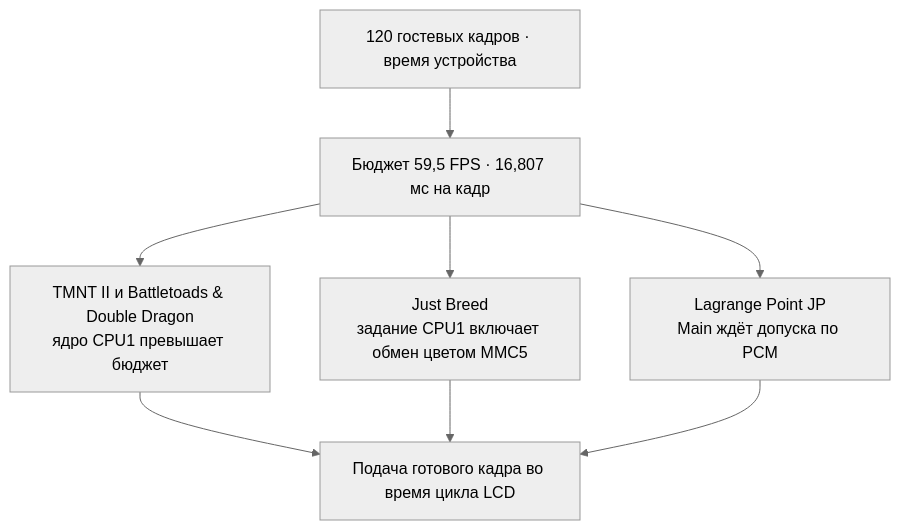
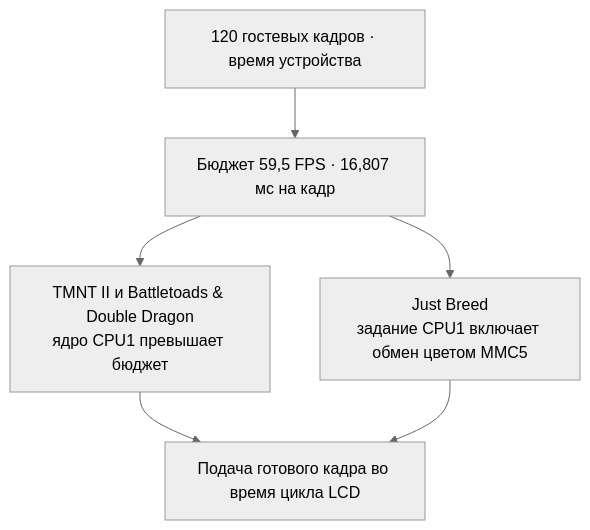
One commit to KirPoz/bitvyr changed the fourth of 4 diagrams in bitvyr_nes_p4c6/betta/docs/02-architecture.md. Above: the diagram before and after it, drawn with Mermaid (neutral theme). The commit also changed other lines of this file and 10 other files, not shown here.

````diff
--- a/bitvyr_nes_p4c6/betta/docs/02-architecture.md
+++ b/bitvyr_nes_p4c6/betta/docs/02-architecture.md
@@ -110,10 +112,8 @@
 ```mermaid
 flowchart TD
     R["120 гостевых кадров · время устройства"] --> B["Бюджет 59,5 FPS · 16,807 мс на кадр"]
     B --> W["TMNT II и Battletoads & Double Dragon<br/>ядро CPU1 превышает бюджет"]
     B --> C["Just Breed<br/>задание CPU1 включает обмен цветом MMC5"]
-    B --> M["Lagrange Point JP<br/>Main ждёт допуска по PCM"]
     W --> P["Подача готового кадра во время цикла LCD"]
     C --> P
-    M --> P
 ```
````
